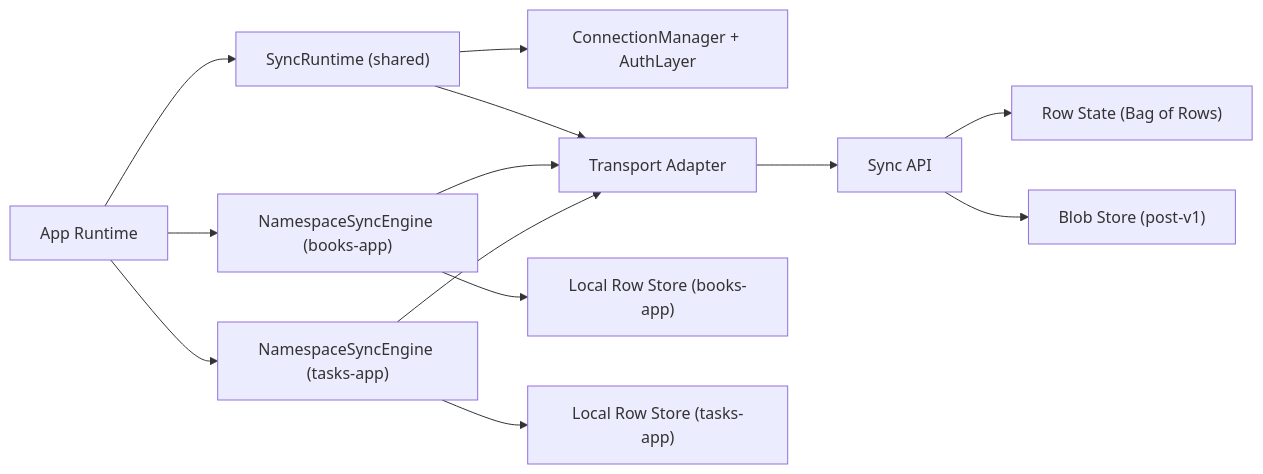
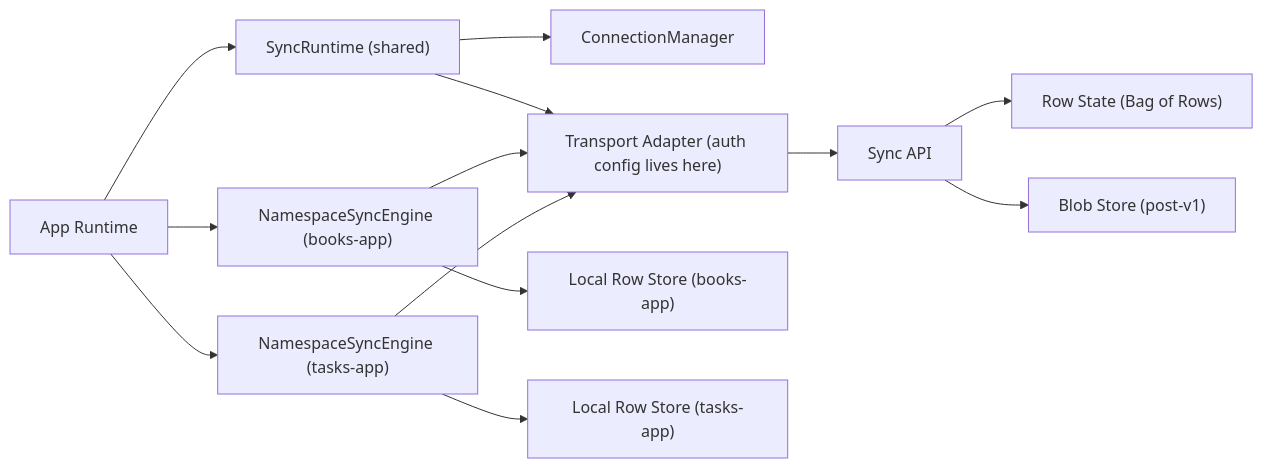
One commit to zsh-eng/sync-engine changed the diagram in docs/RFC-0001-sync-engine-core-architecture.md. Above: the diagram before and after it, drawn with Mermaid. The commit also changed other lines of this file, not shown here.

First line of the commit message:
Remove AuthLayer in RFC

````diff
--- a/docs/RFC-0001-sync-engine-core-architecture.md
+++ b/docs/RFC-0001-sync-engine-core-architecture.md
@@ -84,15 +84,15 @@
 ```mermaid
 flowchart LR
   A["App Runtime"] --> B["SyncRuntime (shared)"]
-  B --> C["ConnectionManager + AuthLayer"]
-  B --> D["Transport Adapter"]
+  B --> C["ConnectionManager"]
+  B --> D["Transport Adapter (auth config lives here)"]
   A --> E["NamespaceSyncEngine (books-app)"]
   A --> F["NamespaceSyncEngine (tasks-app)"]
   E --> G["Local Row Store (books-app)"]
   F --> H["Local Row Store (tasks-app)"]
   E --> D
   F --> D
   D --> I["Sync API"]
   I --> J["Row State (Bag of Rows)"]
   I --> K["Blob Store (post-v1)"]
 ```
````
